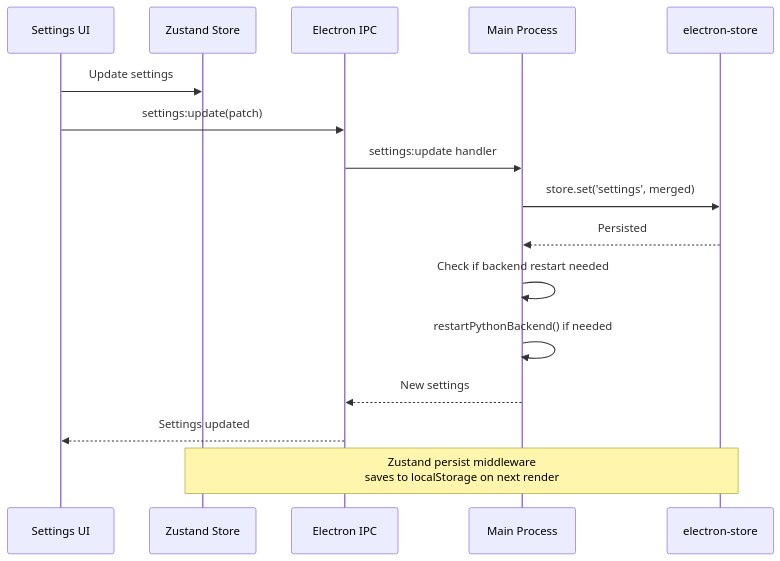
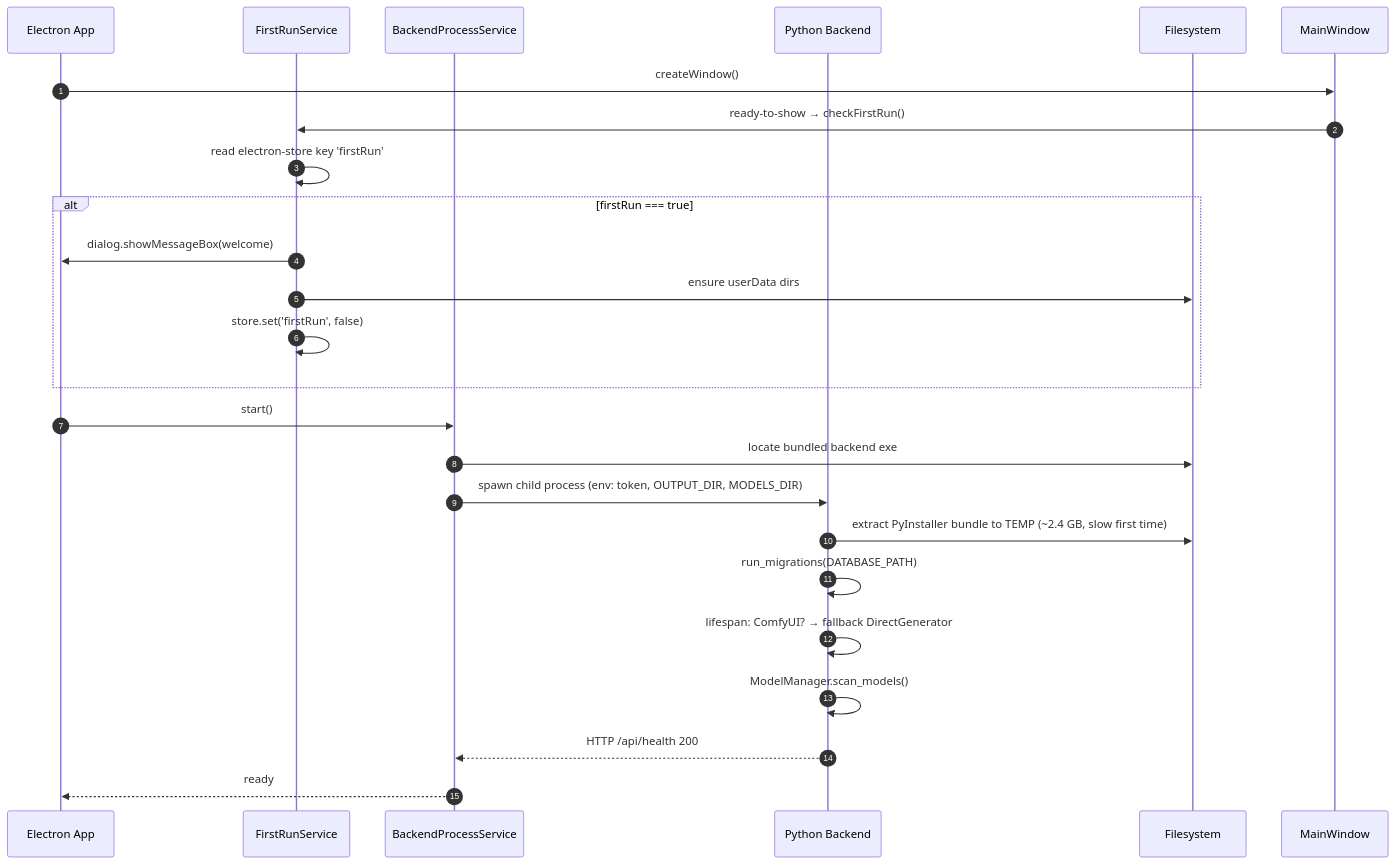
The sixth of 9 diagrams in docs/architecture.md (Git-Rocky-Stack/vision-studio), drawn with Mermaid before and after one commit. The commit also changed other lines of this file and 7 other files, not shown here.

First line of the commit message:
docs: comprehensive documentation overhaul (architecture, API, schema, diagrams)

````diff
--- a/docs/architecture.md
+++ b/docs/architecture.md
@@ -235,20 +493,28 @@
 ```mermaid
 sequenceDiagram
-    participant UI as Settings UI
-    participant Store as Zustand Store
-    participant IPC as Electron IPC
-    participant Main as Main Process
-    participant EStore as electron-store
+    autonumber
+    participant App as Electron App
+    participant FR as FirstRunService
+    participant BP as BackendProcessService
+    participant Py as Python Backend
+    participant FS as Filesystem
+    participant Win as MainWindow
 
-    UI->>Store: Update settings
-    UI->>IPC: settings:update(patch)
-    IPC->>Main: settings:update handler
-    Main->>EStore: store.set('settings', merged)
-    EStore-->>Main: Persisted
-    Main->>Main: Check if backend restart needed
-    Main->>Main: restartPythonBackend() if needed
-    Main-->>IPC: New settings
-    IPC-->>UI: Settings updated
-
-    Note over Store,EStore: Zustand persist middleware<br/>saves to localStorage on next render
+    App->>Win: createWindow()
+    Win->>FR: ready-to-show → checkFirstRun()
+    FR->>FR: read electron-store key 'firstRun'
+    alt firstRun === true
+        FR->>App: dialog.showMessageBox(welcome)
+        FR->>FS: ensure userData dirs
+        FR->>FR: store.set('firstRun', false)
+    end
+    App->>BP: start()
+    BP->>FS: locate bundled backend exe
+    BP->>Py: spawn child process (env: token, OUTPUT_DIR, MODELS_DIR)
+    Py->>FS: extract PyInstaller bundle to TEMP (~2.4 GB, slow first time)
+    Py->>Py: run_migrations(DATABASE_PATH)
+    Py->>Py: lifespan: ComfyUI? → fallback DirectGenerator
+    Py->>Py: ModelManager.scan_models()
+    Py-->>BP: HTTP /api/health 200
+    BP-->>App: ready
 ```
````
